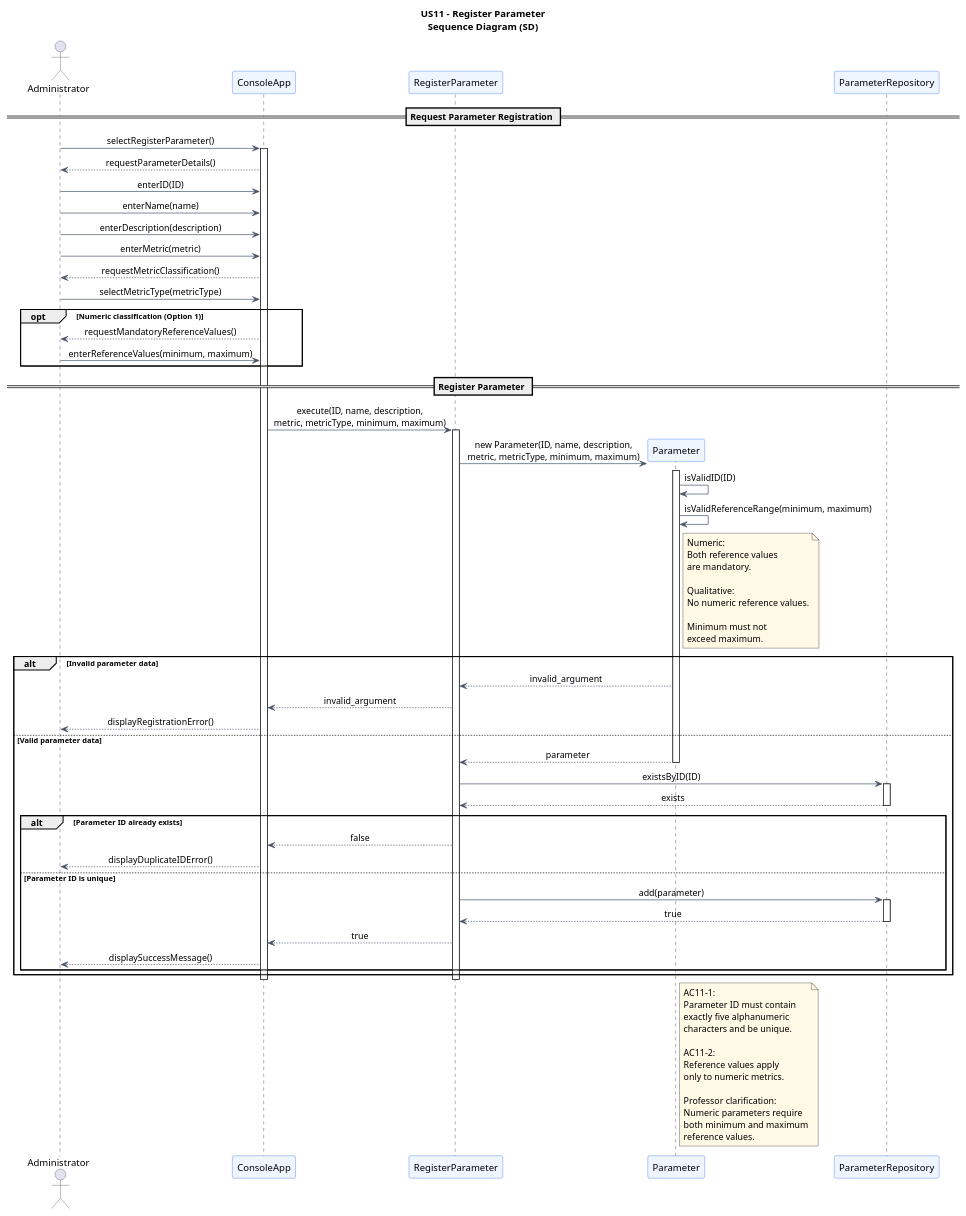
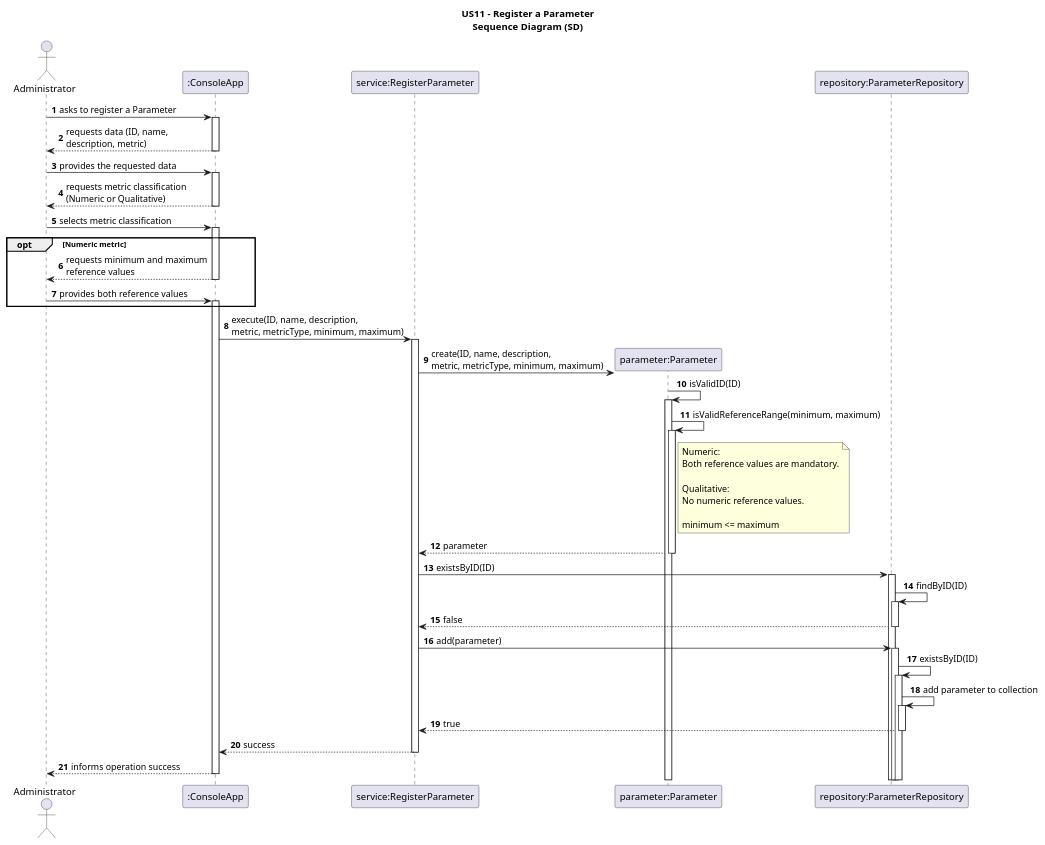
The diagram in docs/system-documentation/US11/puml/US11-SD.puml (jmaia574/leti-esoft-26-27-B6), drawn with PlantUML before and after one commit. The commit also changed 7 other files, not shown here.

```diff
--- a/docs/system-documentation/US11/puml/US11-SD.puml
+++ b/docs/system-documentation/US11/puml/US11-SD.puml
@@ -1,131 +1,66 @@
 @startuml
+title US11 - Register a Parameter\nSequence Diagram (SD)
 
-title US11 - Register Parameter\nSequence Diagram (SD)
+autoactivate on
+autonumber
 
-skinparam backgroundColor #FFFFFF
-skinparam shadowing false
-skinparam sequenceMessageAlign center
-skinparam responseMessageBelowArrow true
-skinparam ParticipantBorderColor #2563EB
-skinparam ParticipantBackgroundColor #EFF6FF
-skinparam ActorBorderColor #334155
-skinparam ArrowColor #475569
-skinparam NoteBackgroundColor #FFF9E6
+actor "Administrator" as User
+participant ":ConsoleApp" as View
+participant "service:RegisterParameter" as Service
+participant "parameter:Parameter" as Parameter
+participant "repository:ParameterRepository" as Repository
 
-actor "Administrator" as Admin
+User -> View: asks to register a Parameter
 
-participant "ConsoleApp" as UI
-participant "RegisterParameter" as Service
-participant "Parameter" as Parameter
-participant "ParameterRepository" as Repository
+View --> User: requests data (ID, name,\ndescription, metric)
 
-== Request Parameter Registration ==
+User -> View: provides the requested data
 
-Admin -> UI : selectRegisterParameter()
-activate UI
+View --> User: requests metric classification\n(Numeric or Qualitative)
 
-UI --> Admin : requestParameterDetails()
+User -> View: selects metric classification
 
-Admin -> UI : enterID(ID)
-Admin -> UI : enterName(name)
-Admin -> UI : enterDescription(description)
-Admin -> UI : enterMetric(metric)
-
-UI --> Admin : requestMetricClassification()
-Admin -> UI : selectMetricType(metricType)
-
-opt Numeric classification (Option 1)
-
-    UI --> Admin : requestMandatoryReferenceValues()
-
-    Admin -> UI : enterReferenceValues(minimum, maximum)
-
+opt Numeric metric
+    View --> User: requests minimum and maximum\nreference values
+    User -> View: provides both reference values
 end
 
-== Register Parameter ==
+View -> Service: execute(ID, name, description,\nmetric, metricType, minimum, maximum)
 
-UI -> Service : execute(ID, name, description,\nmetric, metricType, minimum, maximum)
-activate Service
+Service -> Parameter**: create(ID, name, description,\nmetric, metricType, minimum, maximum)
 
-create Parameter
+Parameter -> Parameter: isValidID(ID)
 
-Service -> Parameter : new Parameter(ID, name, description,\nmetric, metricType, minimum, maximum)
-activate Parameter
-
-Parameter -> Parameter : isValidID(ID)
-
-Parameter -> Parameter : isValidReferenceRange(minimum, maximum)
+Parameter -> Parameter: isValidReferenceRange(minimum, maximum)
 
 note right of Parameter
 Numeric:
-Both reference values
-are mandatory.
+Both reference values are mandatory.
 
 Qualitative:
 No numeric reference values.
 
-Minimum must not
-exceed maximum.
+minimum <= maximum
 end note
 
-alt Invalid parameter data
+Parameter --> Service: parameter
 
-    Parameter --> Service : invalid_argument
+Service -> Repository: existsByID(ID)
 
-    Service --> UI : invalid_argument
+Repository -> Repository: findByID(ID)
 
-    UI --> Admin : displayRegistrationError()
+Repository --> Service: false
 
-else Valid parameter data
+Service -> Repository: add(parameter)
 
-    Parameter --> Service : parameter
-    deactivate Parameter
+Repository -> Repository: existsByID(ID)
 
-    Service -> Repository : existsByID(ID)
-    activate Repository
+Repository -> Repository: add parameter to collection
 
-    Repository --> Service : exists
-    deactivate Repository
+Repository --> Service: true
 
-    alt Parameter ID already exists
+Service --> View: success
 
-        Service --> UI : false
-
-        UI --> Admin : displayDuplicateIDError()
-
-    else Parameter ID is unique
-
-        Service -> Repository : add(parameter)
-        activate Repository
-
-        Repository --> Service : true
-        deactivate Repository
-
-        Service --> UI : true
-
-        UI --> Admin : displaySuccessMessage()
-
-    end
-
-end
-
-deactivate Service
-deactivate UI
-
-note right of Parameter
-AC11-1:
-Parameter ID must contain
-exactly five alphanumeric
-characters and be unique.
-
-AC11-2:
-Reference values apply
-only to numeric metrics.
-
-Professor clarification:
-Numeric parameters require
-both minimum and maximum
-reference values.
-end note
+View --> User: informs operation success
 
 @enduml
```
